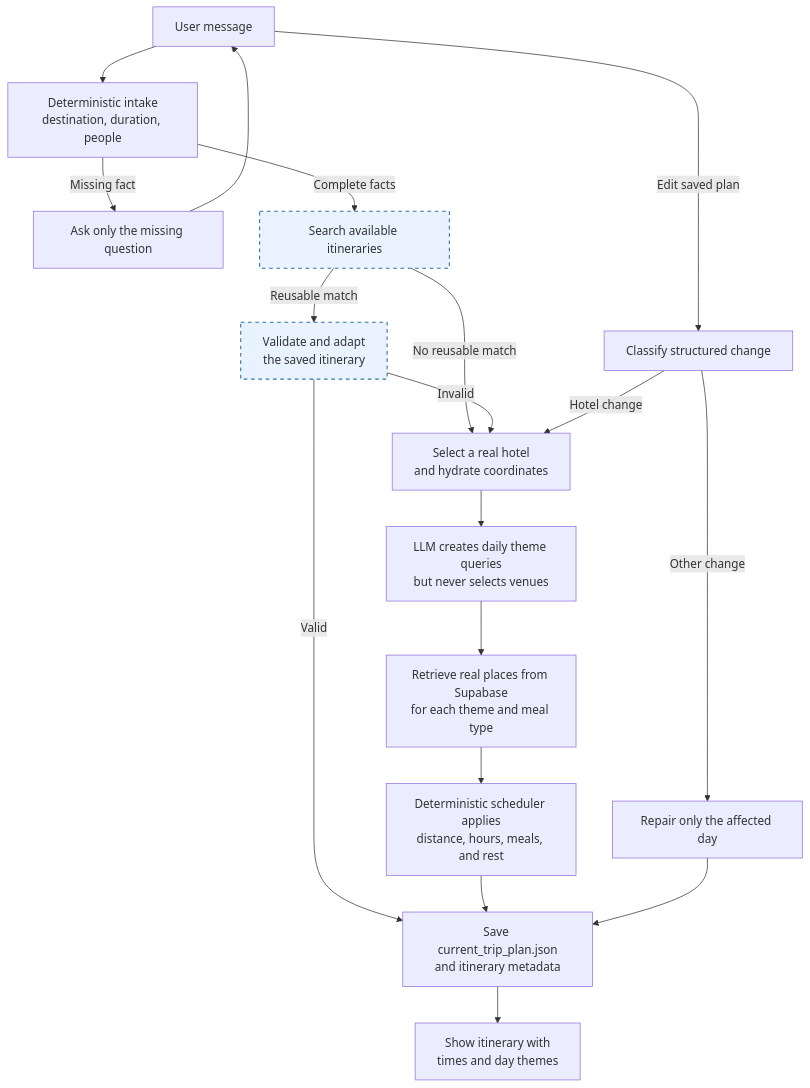
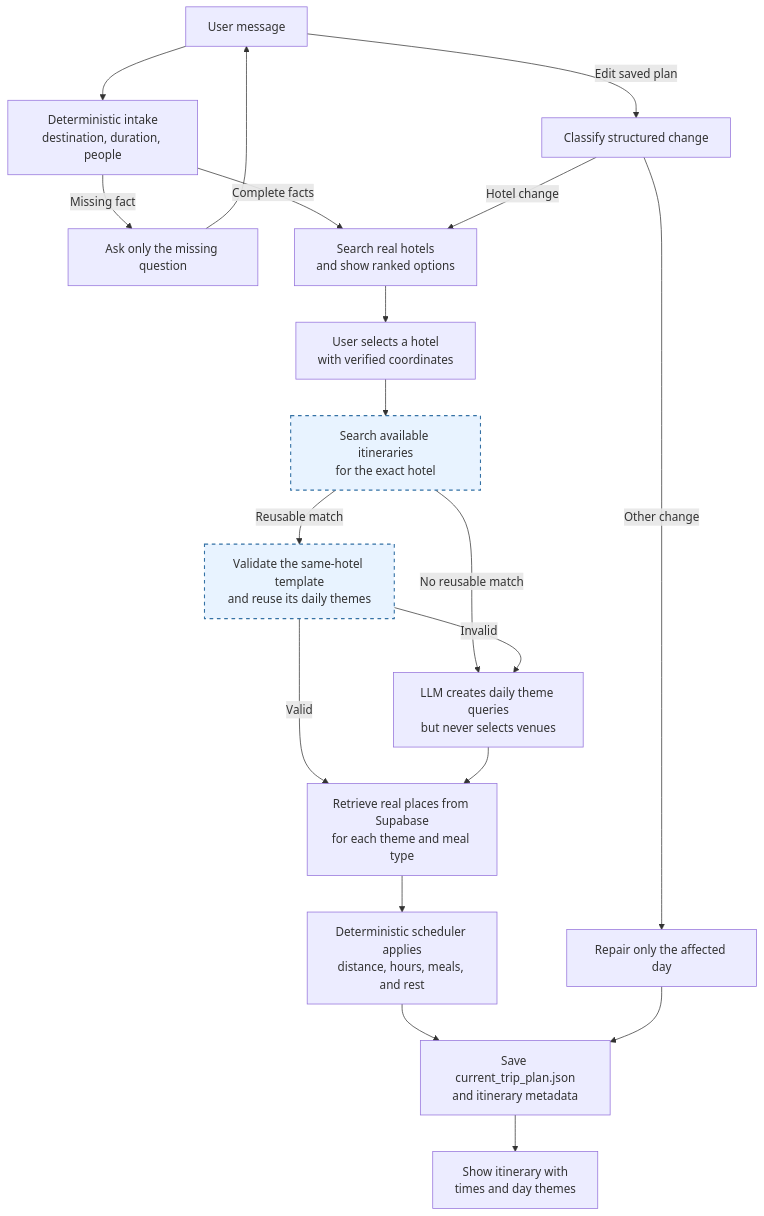
The first of 4 diagrams in docs/architecture/agent_workflow_and_semantic_search_stack.md (0infinitive0/VSF-Intern-project), drawn with Mermaid before and after one commit. The commit also changed other lines of this file and 21 other files, not shown here.

First line of the commit message:
feat: enhance itinerary matching with hotel filtering

````diff
--- a/docs/architecture/agent_workflow_and_semantic_search_stack.md
+++ b/docs/architecture/agent_workflow_and_semantic_search_stack.md
@@ -20,24 +20,25 @@
 ```mermaid
 flowchart TD
     U["User message"] --> I["Deterministic intake<br/>destination, duration, people"]
     I -->|"Missing fact"| Q["Ask only the missing question"]
     Q --> U
-    I -->|"Complete facts"| A["Search available itineraries"]
-    A -->|"No reusable match"| H["Select a real hotel<br/>and hydrate coordinates"]
-    A -->|"Reusable match"| W["Validate and adapt<br/>the saved itinerary"]
-    W -->|"Valid"| P
-    W -->|"Invalid"| H
-    H --> T["LLM creates daily theme queries<br/>but never selects venues"]
+    I -->|"Complete facts"| H["Search real hotels<br/>and show ranked options"]
+    H --> S["User selects a hotel<br/>with verified coordinates"]
+    S --> A["Search available itineraries<br/>for the exact hotel"]
+    A -->|"No reusable match"| T["LLM creates daily theme queries<br/>but never selects venues"]
+    A -->|"Reusable match"| W["Validate the same-hotel template<br/>and reuse its daily themes"]
+    W -->|"Valid"| R
+    W -->|"Invalid"| T
     T --> R["Retrieve real places from Supabase<br/>for each theme and meal type"]
     R --> D["Deterministic scheduler applies<br/>distance, hours, meals, and rest"]
     D --> P["Save current_trip_plan.json<br/>and itinerary metadata"]
     P --> O["Show itinerary with<br/>times and day themes"]
 
     U -->|"Edit saved plan"| C["Classify structured change"]
     C -->|"Hotel change"| H
     C -->|"Other change"| V["Repair only the affected day"]
     V --> P
 
     classDef reuse fill:#e8f3ff,stroke:#3572a5,stroke-width:1.5px,stroke-dasharray:5 5;
     class A,W reuse;
 ```
````
